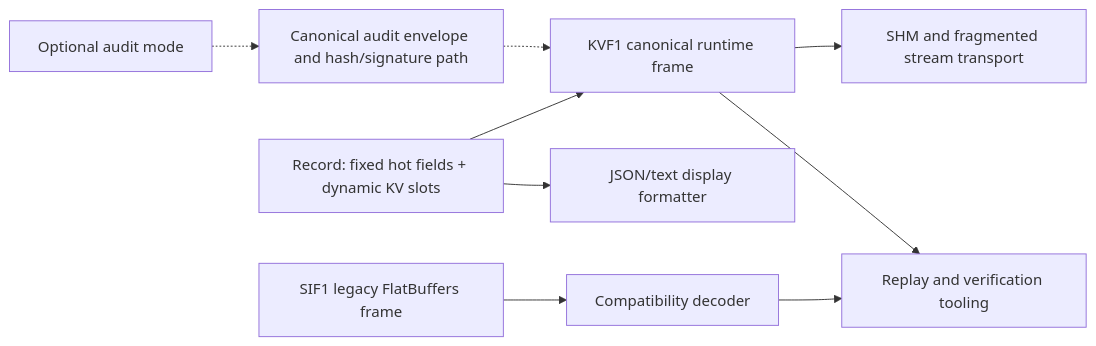
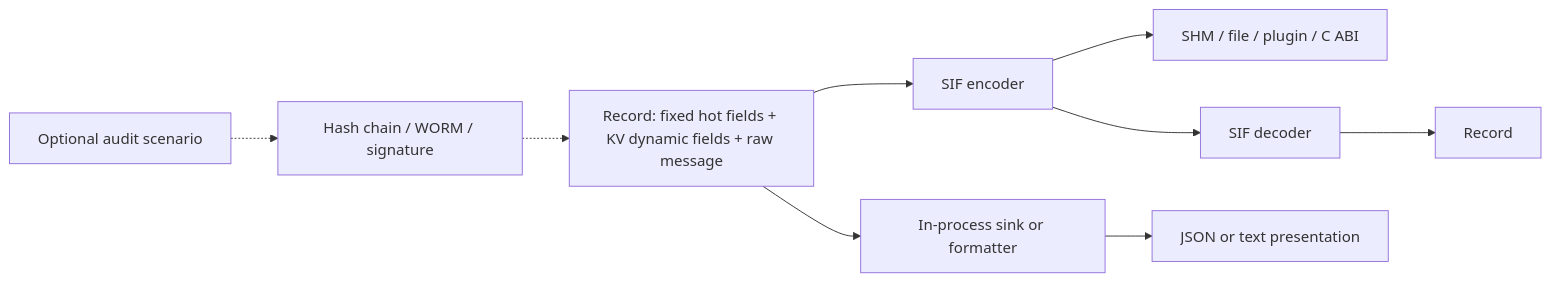
One commit to nekolio/DoLogger changed the diagram in docs/en_US/guides/KvWireAndSifMigration.md. Above: the diagram before and after it, drawn with Mermaid. The commit also changed other lines of this file and 40 other files, not shown here.

````diff
--- a/docs/en_US/guides/KvWireAndSifMigration.md
+++ b/docs/en_US/guides/KvWireAndSifMigration.md
@@ -22,12 +28,12 @@
 ```mermaid
 flowchart LR
-    R[Record: fixed hot fields + dynamic KV slots]
-    R --> K[KVF1 canonical runtime frame]
-    R --> J[JSON/text display formatter]
-    S[SIF1 legacy FlatBuffers frame] --> C[Compatibility decoder]
-    K --> SHM[SHM and fragmented stream transport]
-    C --> CLI[Replay and verification tooling]
-    K --> CLI
-    E[Optional audit mode] -.-> A[Canonical audit envelope and hash/signature path]
-    A -.-> K
+    R[Record: fixed hot fields + KV dynamic fields + raw message]
+    R --> S[SIF encoder]
+    S --> H[SHM / file / plugin / C ABI]
+    R --> P[In-process sink or formatter]
+    P --> J[JSON or text presentation]
+    S --> D[SIF decoder]
+    D --> R2[Record]
+    A[Optional audit scenario] -.-> X[Hash chain / WORM / signature]
+    X -.-> R
 ```
````
